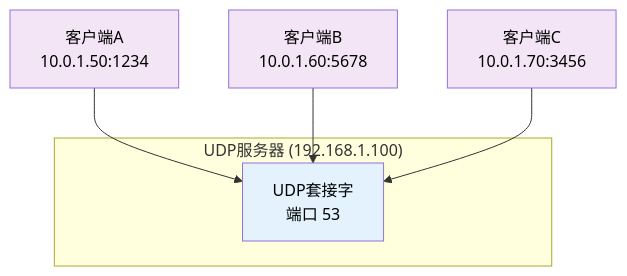
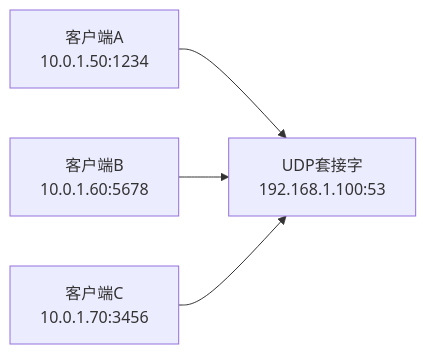
Before and after one commit to Dtheme/CS-base: the fourth of 9 diagrams in 计算机网络/3.1传输层：服务模型与多路复用.md, drawn with Mermaid. The commit also changed other lines of this file and 51 other files, not shown here.

````diff
--- a/计算机网络/3.1传输层：服务模型与多路复用.md
+++ b/计算机网络/3.1传输层：服务模型与多路复用.md
@@ -221,15 +205,7 @@
 ```mermaid
-graph TD
-    subgraph "UDP服务器 (192.168.1.100)"
-        UDP_SOCKET["UDP套接字<br/>端口 53"]
-        style UDP_SOCKET fill:#e3f2fd,color:#000000
-    end
-    
-    CLIENT1["客户端A<br/>10.0.1.50:1234"] --> UDP_SOCKET
-    CLIENT2["客户端B<br/>10.0.1.60:5678"] --> UDP_SOCKET
-    CLIENT3["客户端C<br/>10.0.1.70:3456"] --> UDP_SOCKET
-    
-    style CLIENT1 fill:#f3e5f5,color:#000000
-    style CLIENT2 fill:#f3e5f5,color:#000000
-    style CLIENT3 fill:#f3e5f5,color:#000000
+graph LR
+    C1["客户端A<br/>10.0.1.50:1234"] --> S
+    C2["客户端B<br/>10.0.1.60:5678"] --> S
+    C3["客户端C<br/>10.0.1.70:3456"] --> S
+    S["UDP套接字<br/>192.168.1.100:53"]
 ```
````
